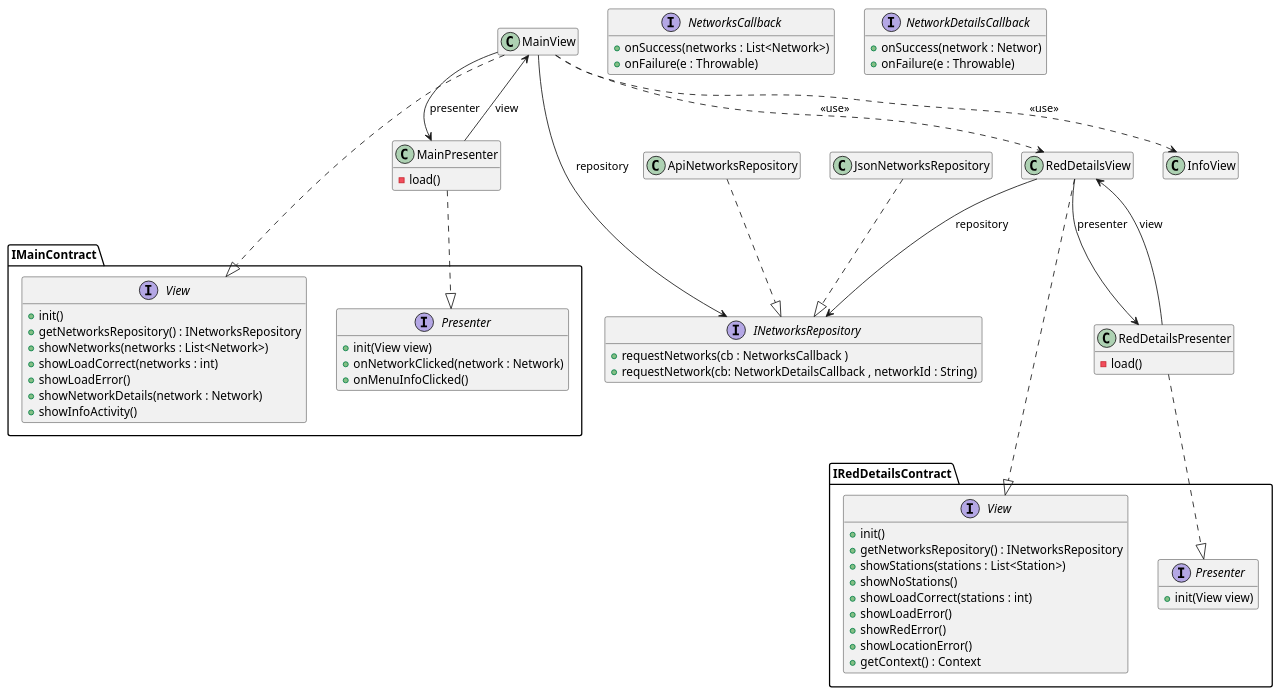
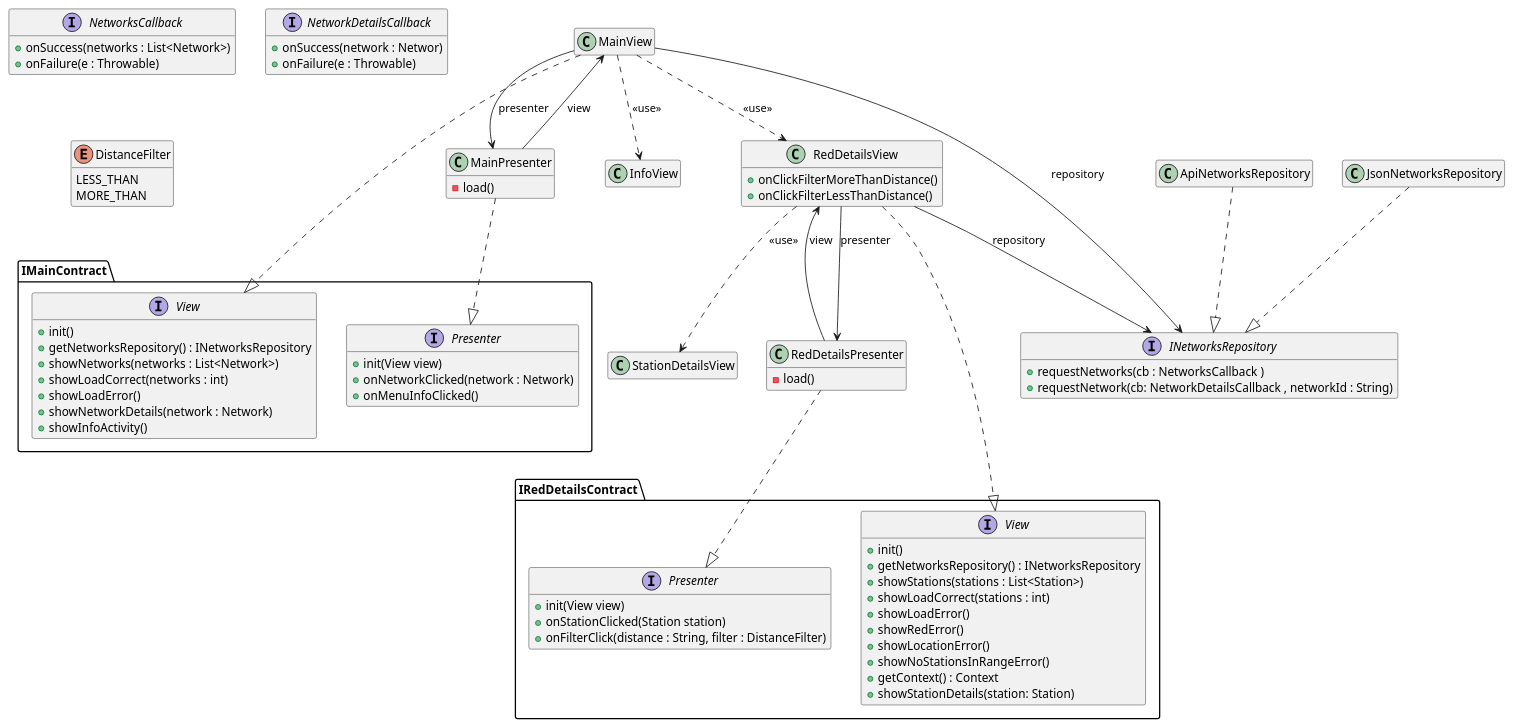
One commit to isunican/App-Bicis-Grupo1 changed the diagram in Docs/Models/architecture.puml. Above: the diagram before and after it, drawn with PlantUML.

Commit message:
Resuelve conflictos pendientes

```diff
--- a/Docs/Models/architecture.puml
+++ b/Docs/Models/architecture.puml
@@ -1,88 +1,99 @@
 @startuml architecture
 
 hide empty members
 
 MainView ..|> IMainContract.View
 MainPresenter ..|> IMainContract.Presenter
 MainView --> INetworksRepository : repository
 ApiNetworksRepository ..|> INetworksRepository
 JsonNetworksRepository ..|> INetworksRepository
 MainView --> MainPresenter : presenter
 MainPresenter --> MainView : view
 MainView ..> InfoView : <<use>>
 MainView ..> RedDetailsView : <<use>>
+RedDetailsView ..> StationDetailsView : <<use>>
 
 RedDetailsView ..|> IRedDetailsContract.View
 RedDetailsPresenter ..|> IRedDetailsContract.Presenter
 RedDetailsView --> INetworksRepository : repository
 RedDetailsView --> RedDetailsPresenter : presenter
 RedDetailsPresenter --> RedDetailsView : view
 
 class MainView {
 }
 
 class MainPresenter {
     -load()
 }
 
 class InfoView
 
+class StationDetailsView
+
 class RedDetailsView {
-    
+    +onClickFilterMoreThanDistance()
+    +onClickFilterLessThanDistance()
 }
 class RedDetailsPresenter {
     -load()
 }
 
 class ApiNetworksRepository
 class JsonNetworksRepository
 
 interface IMainContract.View {
     + init()
     + getNetworksRepository() : INetworksRepository
     + showNetworks(networks : List<Network>)
     + showLoadCorrect(networks : int)
     + showLoadError()
     + showNetworkDetails(network : Network)
     + showInfoActivity()
 }
 
 interface IMainContract.Presenter {
     + init(View view)
     + onNetworkClicked(network : Network)
     + onMenuInfoClicked()
 }
 
 interface IRedDetailsContract.View {
     + init()
     + getNetworksRepository() : INetworksRepository
     + showStations(stations : List<Station>)
-    + showNoStations()
     + showLoadCorrect(stations : int)
     + showLoadError()
     + showRedError()
     + showLocationError()
+    + showNoStationsInRangeError()
     + getContext() : Context
+    + showStationDetails(station: Station)
 }
 
 interface IRedDetailsContract.Presenter {
     + init(View view)
+    + onStationClicked(Station station)
+    + onFilterClick(distance : String, filter : DistanceFilter)
 }
 
 interface INetworksRepository {
     + requestNetworks(cb : NetworksCallback )
     + requestNetwork(cb: NetworkDetailsCallback , networkId : String)
 }
 
 interface NetworksCallback {
     + onSuccess(networks : List<Network>)
     + onFailure(e : Throwable)
 }
 
 interface NetworkDetailsCallback {
     + onSuccess(network : Networ)
     + onFailure(e : Throwable)
 }
 
+enum DistanceFilter {
+    LESS_THAN
+    MORE_THAN
+}
 
 @enduml
```
